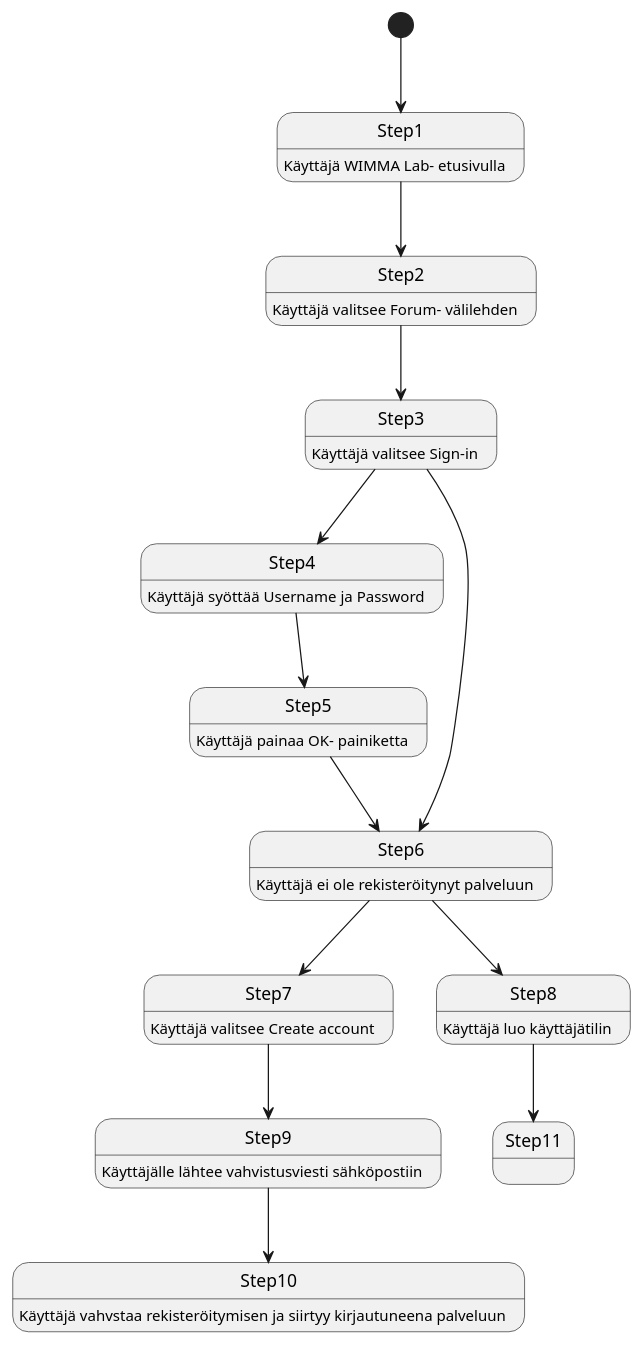
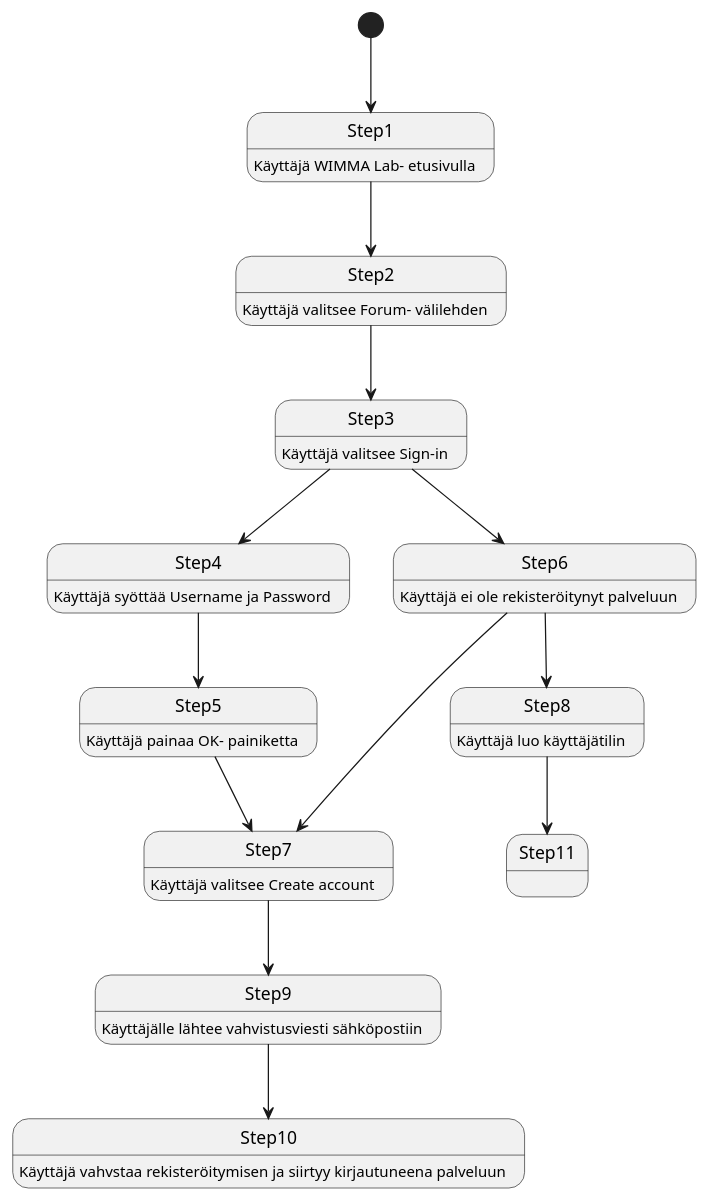
Before and after one commit to ninaleo/S2021-AB5160-core: the third of 7 diagrams in dokumentit/20-Vaatimustenhallinta/vaatimusmaaritely-tiivis.md, drawn with PlantUML.

````diff
--- a/dokumentit/20-Vaatimustenhallinta/vaatimusmaaritely-tiivis.md
+++ b/dokumentit/20-Vaatimustenhallinta/vaatimusmaaritely-tiivis.md
@@ -117,26 +117,26 @@
 ```plantuml
 Step1: Käyttäjä WIMMA Lab- etusivulla 
 Step2: Käyttäjä valitsee Forum- välilehden  
 Step3: Käyttäjä valitsee Sign-in 
 Step4: Käyttäjä syöttää Username ja Password
 Step5: Käyttäjä painaa OK- painiketta
 Step6: Käyttäjä ei ole rekisteröitynyt palveluun
 Step7: Käyttäjä valitsee Create account
 Step8: Käyttäjä luo käyttäjätilin
 Step9: Käyttäjälle lähtee vahvistusviesti sähköpostiin
 Step10: Käyttäjä vahvstaa rekisteröitymisen ja siirtyy kirjautuneena palveluun
 
 
 [*] --> Step1
 Step1 --> Step2
 Step2 --> Step3
 Step3 --> Step6
 Step3 --> Step4
 Step4 --> Step5
-Step5 --> Step6
+Step5 --> Step7
 Step6 --> Step7
 Step6 --> Step8 
 Step8 --> Step11
 Step7 --> Step9
 Step9 --> Step10
 ```
````
